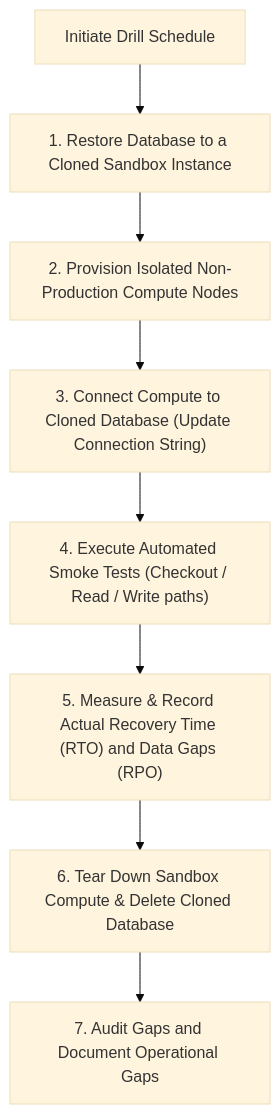
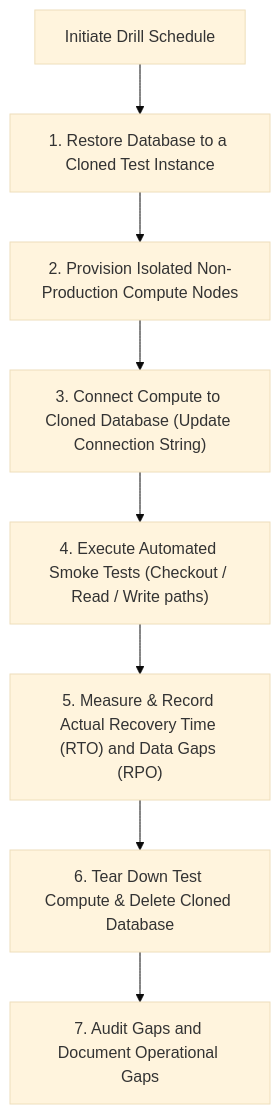
One commit to senlinyy/dev-roadmaps changed the seventh of 8 diagrams in cloud-providers/azure/cost-resilience/recovery-planning.md. Above: the diagram before and after it, drawn with Mermaid (base theme). The commit also changed other lines of this file and 343 other files, not shown here.

````diff
--- a/cloud-providers/azure/cost-resilience/recovery-planning.md
+++ b/cloud-providers/azure/cost-resilience/recovery-planning.md
@@ -157,10 +157,10 @@
 ```mermaid
 flowchart TD
-    Start["Initiate Drill Schedule"] --> RestoreDB["1. Restore Database to a Cloned Sandbox Instance"]
+    Start["Initiate Drill Schedule"] --> RestoreDB["1. Restore Database to a Cloned Test Instance"]
     RestoreDB --> ProvisionCompute["2. Provision Isolated Non-Production Compute Nodes"]
     ProvisionCompute --> ConnectDR["3. Connect Compute to Cloned Database (Update Connection String)"]
     ConnectDR --> RunSmoke["4. Execute Automated Smoke Tests (Checkout / Read / Write paths)"]
     RunSmoke --> RecordMetrics["5. Measure & Record Actual Recovery Time (RTO) and Data Gaps (RPO)"]
-    RecordMetrics --> CleanUp["6. Tear Down Sandbox Compute & Delete Cloned Database"]
+    RecordMetrics --> CleanUp["6. Tear Down Test Compute & Delete Cloned Database"]
     CleanUp --> Review["7. Audit Gaps and Document Operational Gaps"]
 ```
````
